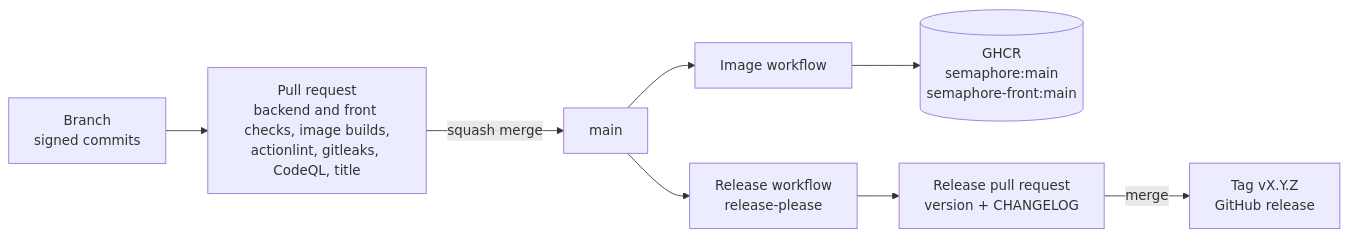
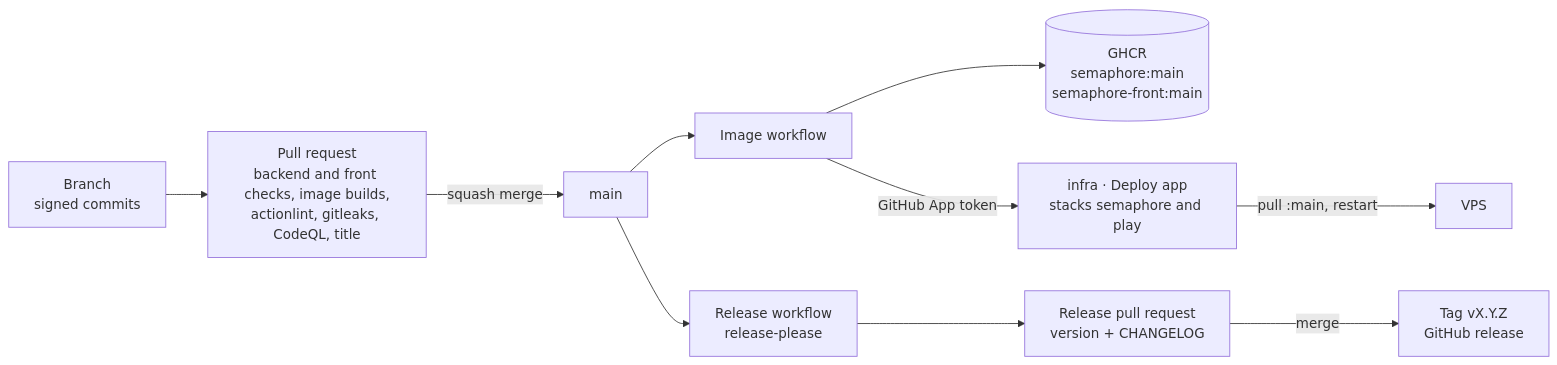
One commit to Didelo-lilian/semaphore changed the second of 2 diagrams in README.md. Above: the diagram before and after it, drawn with Mermaid. The commit also changed 1 other file, not shown here.

Commit message:
ci: start the game stacks after pushing the images (#14)
Part of #4

After pushing `semaphore:main` and `semaphore-front:main`, the Image
workflow starts the `semaphore` and `play` stacks through the `Deploy
app` workflow of `infra`, with the same GitHub App token the design
system uses. The delivery diagram shows the new step.

Merge it only once
[infra#71](https://github.com/Didelo-lilian/infra/pull/71) is merged and
its `Server` run applied: until then `Deploy app` does not know these
stacks and the run would fail. Merging it is also the test of the whole
chain, from a merge to a restarted container.

````diff
--- a/README.md
+++ b/README.md
@@ -73,10 +73,12 @@
 ```mermaid
 flowchart LR
   dev["Branch<br/>signed commits"] --> pr["Pull request<br/>backend and front checks, image builds,<br/>actionlint, gitleaks, CodeQL, title"]
   pr -->|"squash merge"| main["main"]
   main --> image["Image workflow"]
   image --> ghcr[("GHCR<br/>semaphore:main<br/>semaphore-front:main")]
+  image -->|"GitHub App token"| infra["infra · Deploy app<br/>stacks semaphore and play"]
+  infra -->|"pull :main, restart"| vps["VPS"]
   main --> release["Release workflow<br/>release-please"]
   release --> relpr["Release pull request<br/>version + CHANGELOG"]
   relpr -->|"merge"| tag["Tag vX.Y.Z<br/>GitHub release"]
 ```
````
